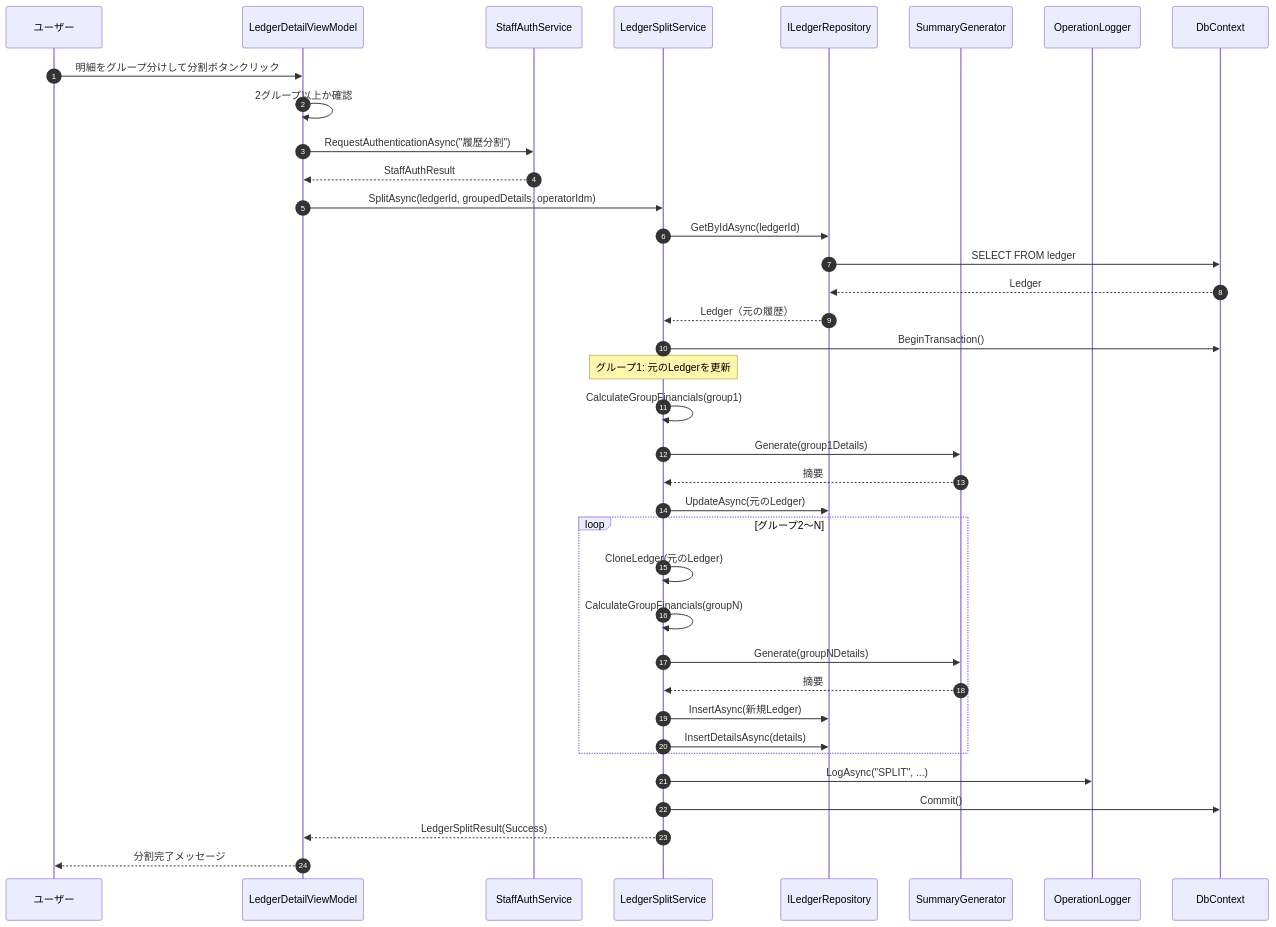
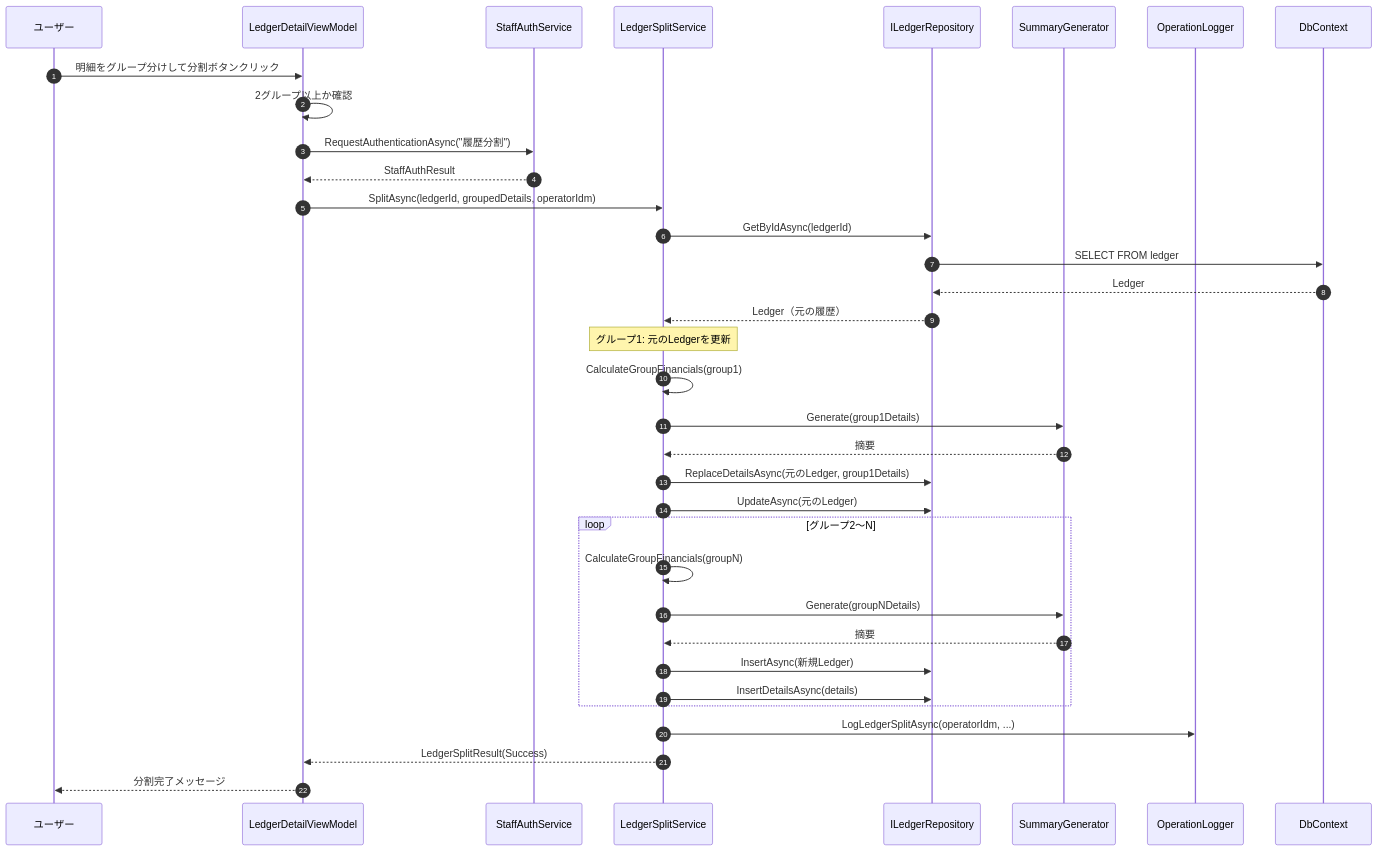
Before and after one commit to kuwayamamasayuki/ICCardManager: the tenth of 14 diagrams in ICCardManager/docs/design/06_シーケンス図.md, drawn with Mermaid. The commit also changed other lines of this file and 3 other files, not shown here.

````diff
--- a/ICCardManager/docs/design/06_シーケンス図.md
+++ b/ICCardManager/docs/design/06_シーケンス図.md
@@ -479,49 +480,46 @@
 ```mermaid
 sequenceDiagram
     autonumber
     participant User as ユーザー
     participant VM as LedgerDetailViewModel
     participant Auth as StaffAuthService
     participant SS as LedgerSplitService
     participant LR as ILedgerRepository
     participant SG as SummaryGenerator
     participant OL as OperationLogger
     participant DB as DbContext
 
     User->>VM: 明細をグループ分けして分割ボタンクリック
 
     VM->>VM: 2グループ以上か確認
 
     VM->>Auth: RequestAuthenticationAsync("履歴分割")
     Auth-->>VM: StaffAuthResult
 
     VM->>SS: SplitAsync(ledgerId, groupedDetails, operatorIdm)
 
     SS->>LR: GetByIdAsync(ledgerId)
     LR->>DB: SELECT FROM ledger
     DB-->>LR: Ledger
     LR-->>SS: Ledger（元の履歴）
 
-    SS->>DB: BeginTransaction()
-
     Note over SS: グループ1: 元のLedgerを更新
     SS->>SS: CalculateGroupFinancials(group1)
     SS->>SG: Generate(group1Details)
     SG-->>SS: 摘要
+    SS->>LR: ReplaceDetailsAsync(元のLedger, group1Details)
     SS->>LR: UpdateAsync(元のLedger)
 
     loop グループ2〜N
-        SS->>SS: CloneLedger(元のLedger)
         SS->>SS: CalculateGroupFinancials(groupN)
         SS->>SG: Generate(groupNDetails)
         SG-->>SS: 摘要
         SS->>LR: InsertAsync(新規Ledger)
         SS->>LR: InsertDetailsAsync(details)
     end
 
-    SS->>OL: LogAsync("SPLIT", ...)
-    SS->>DB: Commit()
+    SS->>OL: LogLedgerSplitAsync(operatorIdm, ...)
 
     SS-->>VM: LedgerSplitResult(Success)
     VM-->>User: 分割完了メッセージ
 ```
````
